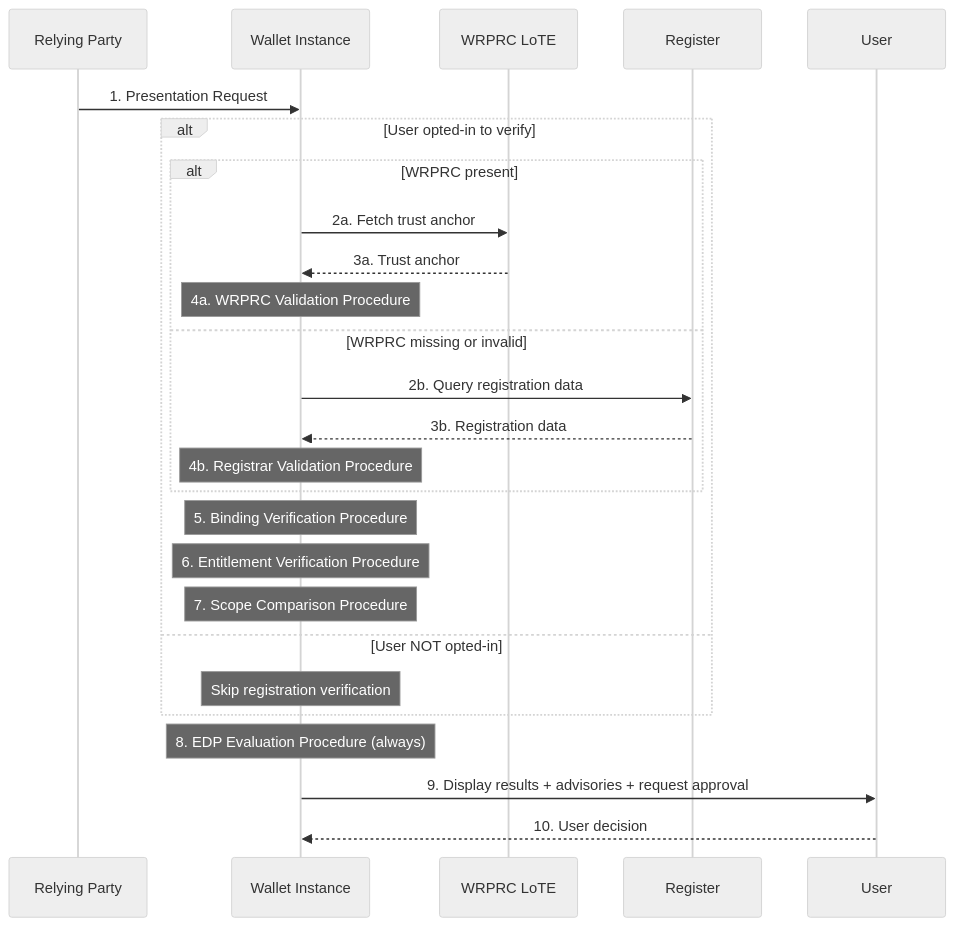
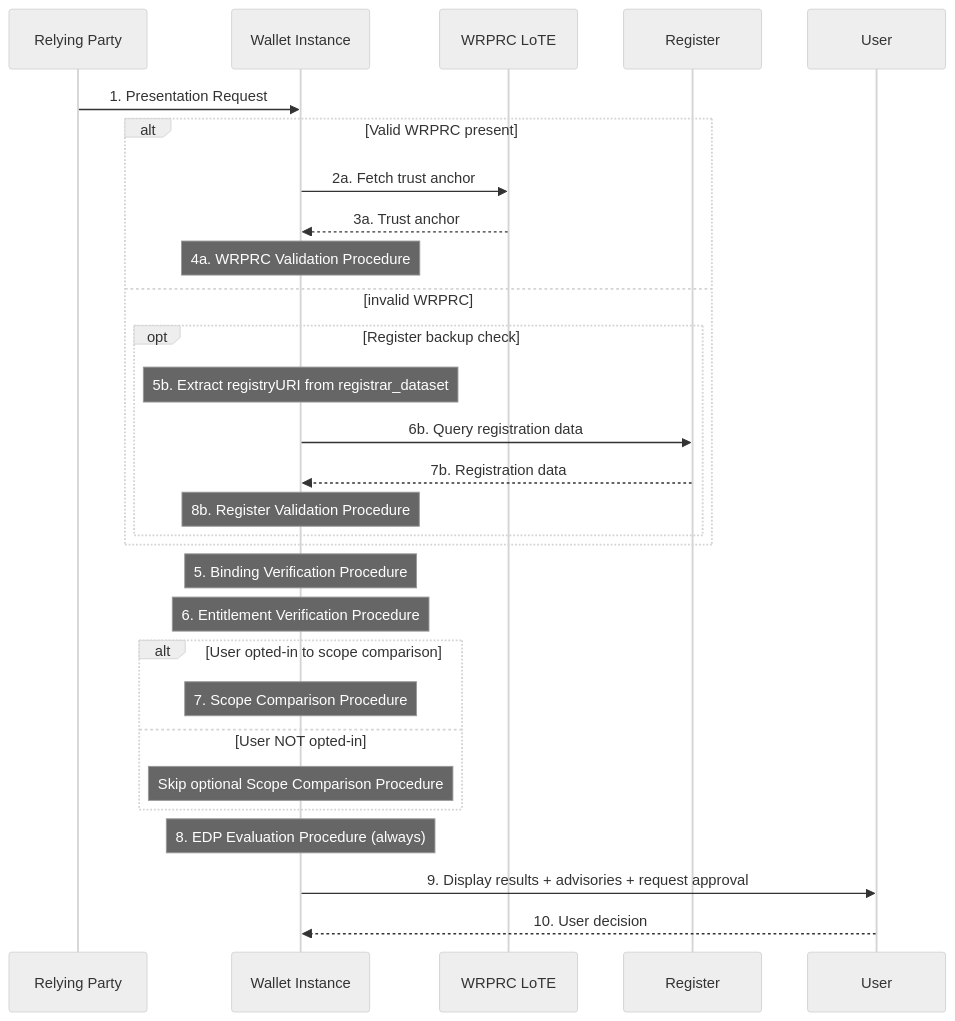
Before and after one commit to APTITUDE-Consortium/wp2-trust-specifications: the third of 4 diagrams in docs/topics/authorization-process.md, drawn with Mermaid (neutral theme). The commit also changed other lines of this file, not shown here.

Commit message:
Chore: refactor of AuthZ checks with WRPRC mandatory

````diff
--- a/docs/topics/authorization-process.md
+++ b/docs/topics/authorization-process.md
@@ -486,32 +473,35 @@
 ```mermaid
 sequenceDiagram
     %%autonumber
     participant RP as Relying Party
     participant WI as Wallet Instance
     participant TL as WRPRC LoTE
     participant Reg as Register
     participant User
 
     RP->>WI: 1. Presentation Request
 
-    alt User opted-in to verify
-        alt WRPRC present
-            WI->>TL: 2a. Fetch trust anchor
-            TL-->>WI: 3a. Trust anchor
-            Note over WI: 4a. WRPRC Validation Procedure
-        else WRPRC missing or invalid
-            WI->>Reg: 2b. Query registration data
-            Reg-->>WI: 3b. Registration data
-            Note over WI: 4b. Registrar Validation Procedure
+    alt Valid WRPRC present
+        WI->>TL: 2a. Fetch trust anchor
+        TL-->>WI: 3a. Trust anchor
+        Note over WI: 4a. WRPRC Validation Procedure
+    else invalid WRPRC
+        opt Register backup check
+            Note over WI: 5b. Extract registryURI from registrar_dataset
+            WI->>Reg: 6b. Query registration data
+            Reg-->>WI: 7b. Registration data
+            Note over WI: 8b. Register Validation Procedure
         end
-        Note over WI: 5. Binding Verification Procedure
-        Note over WI: 6. Entitlement Verification Procedure
+    end
+    Note over WI: 5. Binding Verification Procedure
+    Note over WI: 6. Entitlement Verification Procedure
+    alt User opted-in to scope comparison
         Note over WI: 7. Scope Comparison Procedure
     else User NOT opted-in
-        Note over WI: Skip registration verification
+        Note over WI: Skip optional Scope Comparison Procedure
     end
 
     Note over WI: 8. EDP Evaluation Procedure (always)
     WI->>User: 9. Display results + advisories + request approval
     User-->>WI: 10. User decision
 ```
````
